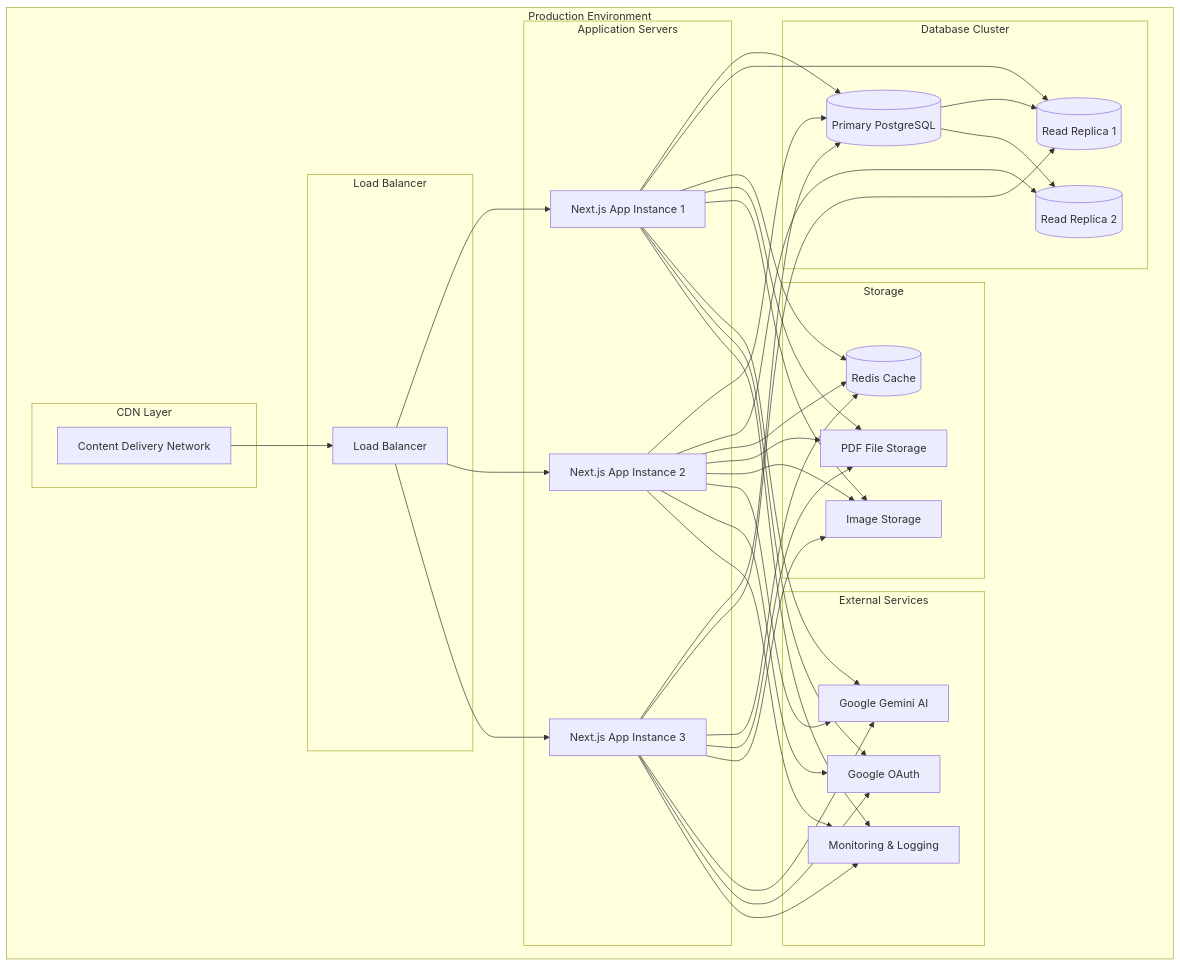
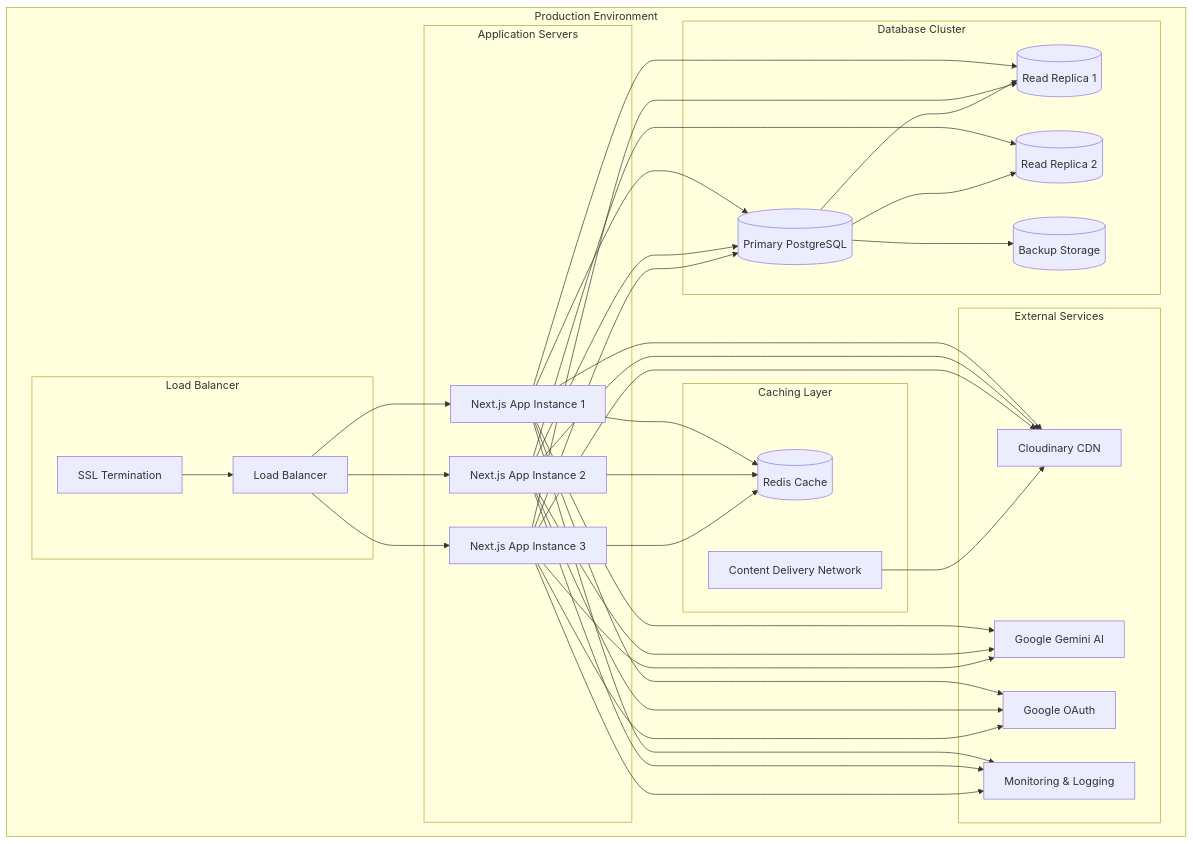
Before and after one commit to H3xKatana/EstinBib-new: diagram 12 of 12 in README.md, drawn with Mermaid. The commit also changed other lines of this file, not shown here.

````diff
--- a/README.md
+++ b/README.md
@@ -600,75 +802,72 @@
 ```mermaid
 graph TB
     subgraph "Production Environment"
-        subgraph "CDN Layer"
-            CDN[Content Delivery Network]
-        end
-        
         subgraph "Load Balancer"
             LB[Load Balancer]
+            SSL[SSL Termination]
         end
         
         subgraph "Application Servers"
             APP1[Next.js App Instance 1]
             APP2[Next.js App Instance 2]
             APP3[Next.js App Instance 3]
         end
         
         subgraph "Database Cluster"
             PRIMARY[(Primary PostgreSQL)]
             REPLICA1[(Read Replica 1)]
             REPLICA2[(Read Replica 2)]
+            BACKUP[(Backup Storage)]
         end
         
         subgraph "External Services"
+            CLOUDINARY_PROD[Cloudinary CDN]
             GEMINI_PROD[Google Gemini AI]
             GOOGLE_AUTH[Google OAuth]
             MONITORING[Monitoring & Logging]
         end
         
-        subgraph "Storage"
+        subgraph "Caching Layer"
             REDIS[(Redis Cache)]
-            PDF_STORAGE[PDF File Storage]
-            IMAGE_STORAGE[Image Storage]
+            CDN[Content Delivery Network]
         end
     end
     
-    CDN --> LB
+    SSL --> LB
     LB --> APP1
     LB --> APP2
     LB --> APP3
     
     APP1 --> PRIMARY
     APP1 --> REPLICA1
     APP2 --> PRIMARY  
     APP2 --> REPLICA2
     APP3 --> PRIMARY
     APP3 --> REPLICA1
     
     APP1 --> REDIS
     APP2 --> REDIS
     APP3 --> REDIS
     
-    APP1 --> PDF_STORAGE
-    APP2 --> PDF_STORAGE
-    APP3 --> PDF_STORAGE
-    
-    APP1 --> IMAGE_STORAGE
-    APP2 --> IMAGE_STORAGE
-    APP3 --> IMAGE_STORAGE
+    APP1 --> CLOUDINARY_PROD
+    APP2 --> CLOUDINARY_PROD
+    APP3 --> CLOUDINARY_PROD
     
     APP1 --> GEMINI_PROD
     APP2 --> GEMINI_PROD
     APP3 --> GEMINI_PROD
     
     APP1 --> GOOGLE_AUTH
     APP2 --> GOOGLE_AUTH
     APP3 --> GOOGLE_AUTH
     
     PRIMARY --> REPLICA1
     PRIMARY --> REPLICA2
+    PRIMARY --> BACKUP
     
     APP1 --> MONITORING
     APP2 --> MONITORING
     APP3 --> MONITORING
+    
+    CDN --> CLOUDINARY_PROD
 ```
````
